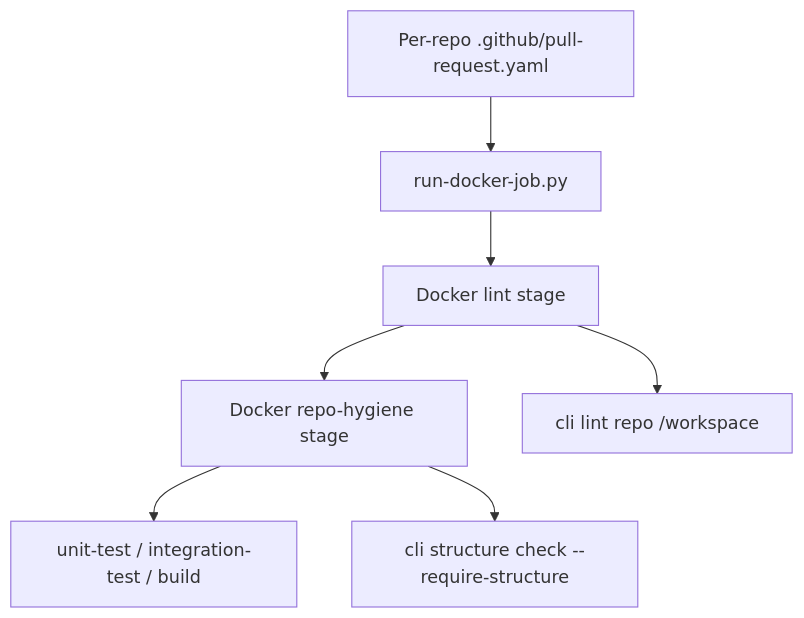
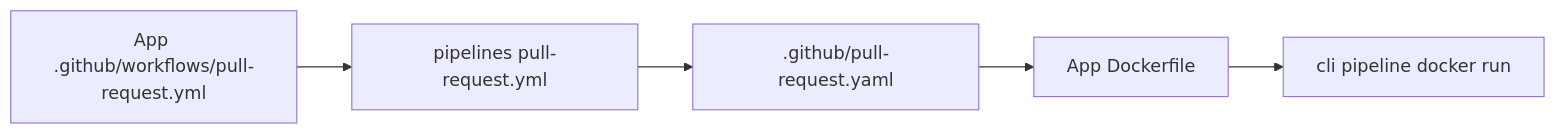
The diagram in docs/plans/repository-contract.md (gardusig/cli), drawn with Mermaid before and after one commit. The commit also changed other lines of this file and 17 other files, not shown here.

First line of the commit message:
Point pipelines at gardusig/yaml and colocate app workflows.

````diff
--- a/docs/plans/repository-contract.md
+++ b/docs/plans/repository-contract.md
@@ -88,9 +55,7 @@
 ```mermaid
-flowchart TB
-  workflowConfig["Per-repo .github/pull-request.yaml"] --> runDockerJob["run-docker-job.py"]
-  runDockerJob --> lintStage["Docker lint stage"]
-  lintStage --> structureStage["Docker repo-hygiene stage"]
-  structureStage --> testStages["unit-test / integration-test / build"]
-  lintStage --> cliLint["cli lint repo /workspace"]
-  structureStage --> cliStructure["cli structure check --require-structure"]
+flowchart LR
+  caller["App .github/workflows/pull-request.yml"] --> hub["pipelines pull-request.yml"]
+  hub --> appConfig[".github/pull-request.yaml"]
+  appConfig --> dockerfile["App Dockerfile"]
+  dockerfile --> runDockerJob["cli pipeline docker run"]
 ```
````
